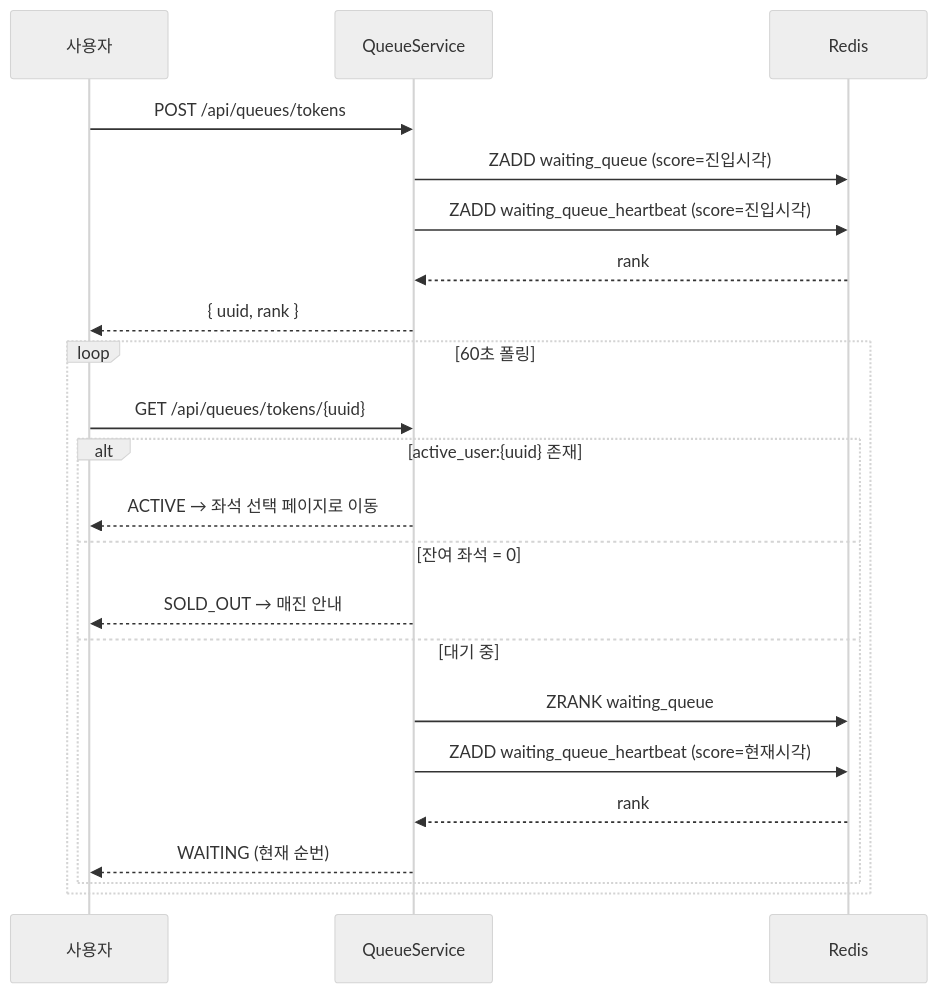
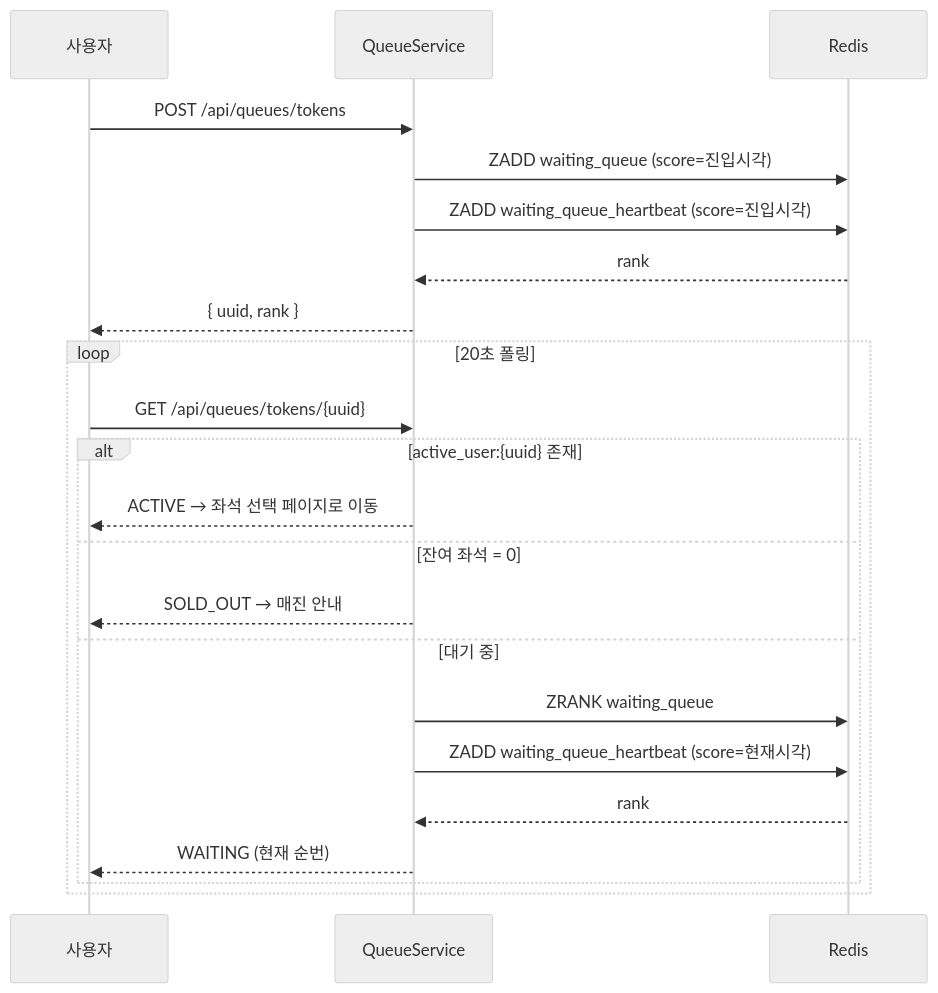
The second of 8 diagrams in README.md (irnd04/zticket), drawn with Mermaid (neutral theme) before and after one commit. The commit also changed other lines of this file and 3 other files, not shown here.

````diff
--- a/README.md
+++ b/README.md
@@ -78,26 +78,26 @@
 ```mermaid
 sequenceDiagram
     participant U as 사용자
     participant Q as QueueService
     participant R as Redis
 
     U->>Q: POST /api/queues/tokens
     Q->>R: ZADD waiting_queue (score=진입시각)
     Q->>R: ZADD waiting_queue_heartbeat (score=진입시각)
     R-->>Q: rank
     Q-->>U: { uuid, rank }
 
-    loop 60초 폴링
+    loop 20초 폴링
         U->>Q: GET /api/queues/tokens/{uuid}
         alt active_user:{uuid} 존재
             Q-->>U: ACTIVE → 좌석 선택 페이지로 이동
         else 잔여 좌석 = 0
             Q-->>U: SOLD_OUT → 매진 안내
         else 대기 중
             Q->>R: ZRANK waiting_queue
             Q->>R: ZADD waiting_queue_heartbeat (score=현재시각)
             R-->>Q: rank
             Q-->>U: WAITING (현재 순번)
         end
     end
 ```
````
